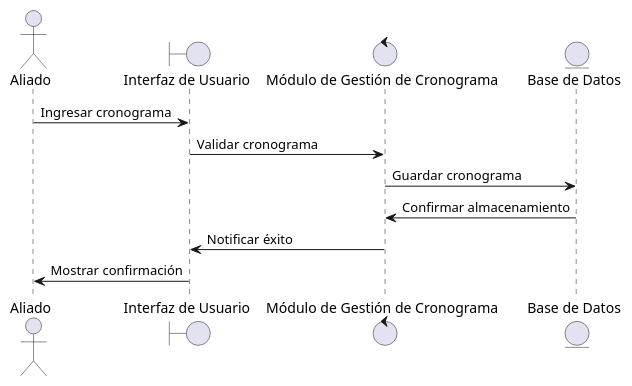
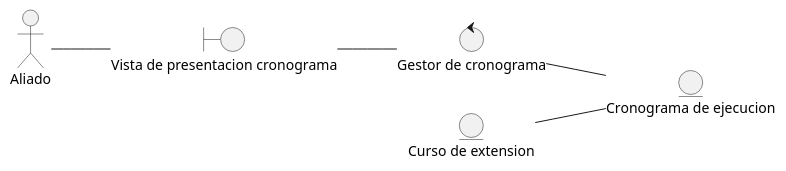
The diagram in docs/scenariosView/DisciplinaDeAnalisisDiagramaDeClasePresentarCronograma.plantuml (Samantha-Ramirez/ProyectoEquipo7ING), drawn with PlantUML before and after one commit. The commit also changed 4 other files, not shown here.

Commit message:
Diagramas de clases de analisis de presentaciones y formulacion 2906

```diff
--- a/docs/scenariosView/DisciplinaDeAnalisisDiagramaDeClasePresentarCronograma.plantuml
+++ b/docs/scenariosView/DisciplinaDeAnalisisDiagramaDeClasePresentarCronograma.plantuml
@@ -1,13 +1,25 @@
 @startuml DisciplinaDeAnalisisDiagramaDeClasePresentarCronograma
-actor Aliado
-boundary "Interfaz de Usuario" as IU
-control "Módulo de Gestión de Cronograma" as MGC
-entity "Base de Datos" as BD
+left to right direction
 
-Aliado -> IU : Ingresar cronograma
-IU -> MGC : Validar cronograma
-MGC -> BD : Guardar cronograma
-BD -> MGC : Confirmar almacenamiento
-MGC -> IU : Notificar éxito
-IU -> Aliado : Mostrar confirmación
+actor "Aliado" as actorAliado
+
+entity "Cronograma de ejecucion" as entidadCronogramaEjecucion
+entity "Curso de extension" as entidadCursoExtension
+
+
+boundary "Vista de presentacion cronograma" as vistaPresentacionCronograma
+
+control "Gestor de cronograma" as ctrlGestorCronograma
+
+actorAliado -- vistaPresentacionCronograma
+vistaPresentacionCronograma -- ctrlGestorCronograma
+ctrlGestorCronograma -- entidadCronogramaEjecucion
+entidadCursoExtension -- entidadCronogramaEjecucion
+
+' Aliado -> IU : Ingresar cronograma
+' IU -> MGC : Validar cronograma
+' MGC -> BD : Guardar cronograma
+' BD -> MGC : Confirmar almacenamiento
+' MGC -> IU : Notificar éxito
+' IU -> Aliado : Mostrar confirmación
 @enduml
```
